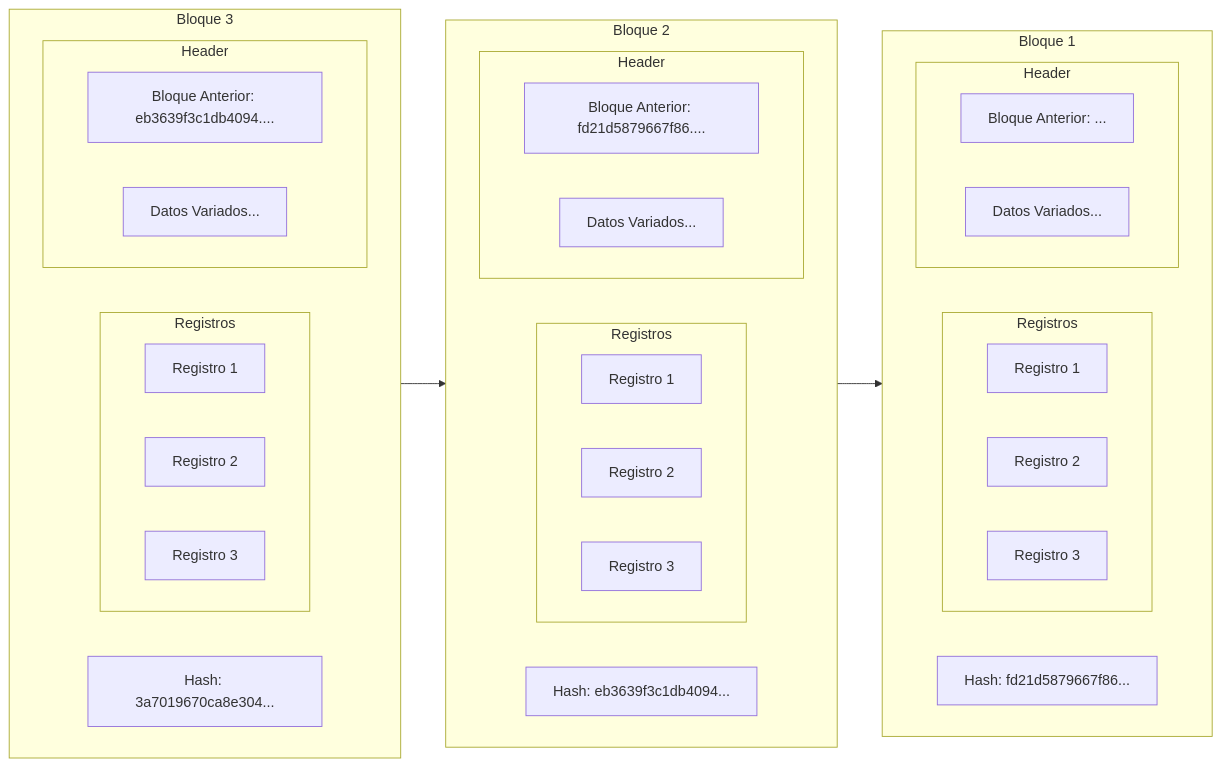
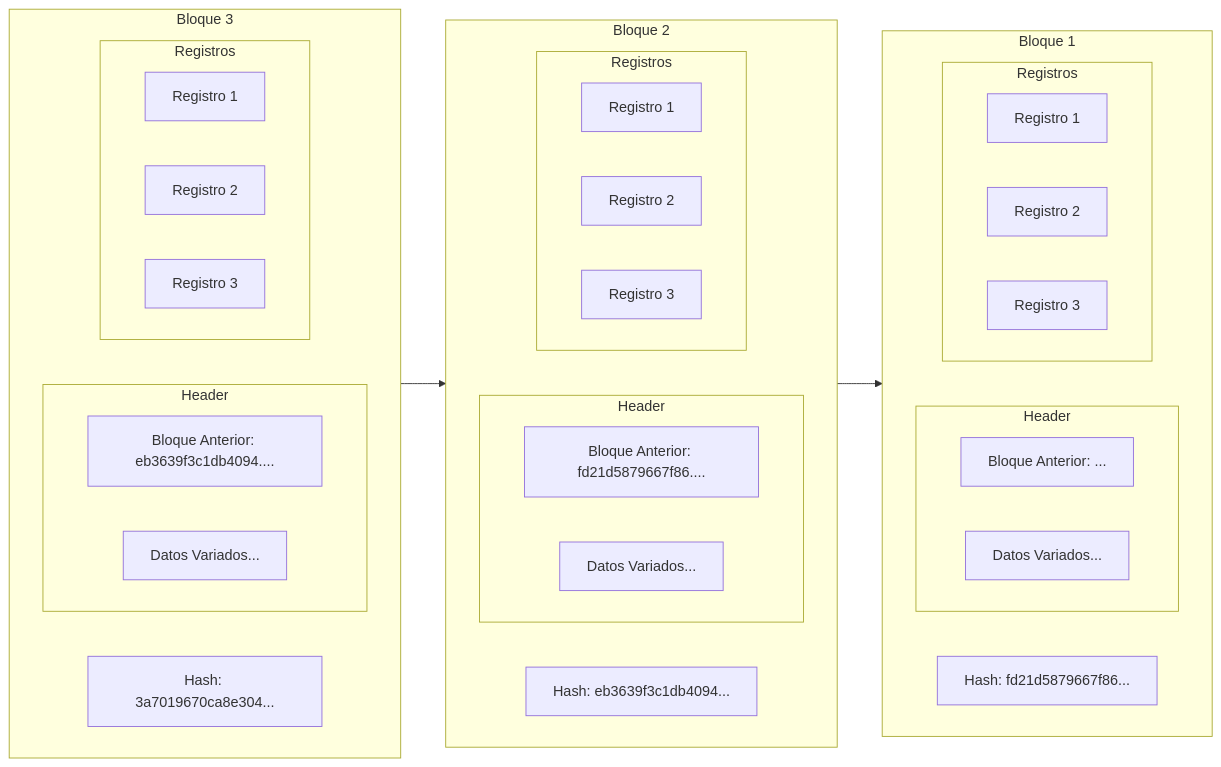
One commit to mbertogliati/tp-blockchain changed the first of 2 diagrams in README.md. Above: the diagram before and after it, drawn with Mermaid. The commit also changed other lines of this file, not shown here.

````diff
--- a/README.md
+++ b/README.md
@@ -23,50 +23,50 @@
 ```mermaid
 graph LR
     subgraph Bloque3[Bloque 3]
         direction LR
+            subgraph Header3[Header]
+                direction LR
+                H3A[Bloque Anterior: eb3639f3c1db4094....]
+                H3B[Datos Variados...]
+            end
             subgraph Registros3 [Registros]
                 direction LR
                 R3A[Registro 1]
                 R3B[Registro 2]
                 R3C[Registro 3]
             end
-            subgraph Header3[Header]
-                direction LR
-                H3A[Bloque Anterior: eb3639f3c1db4094....]
-                H3B[Datos Variados...]
-            end
             Hash3[Hash: 3a7019670ca8e304...]
     end
     subgraph Bloque2[Bloque 2]
         direction LR
+            subgraph Header2[Header]
+                direction LR
+                H2A[Bloque Anterior: fd21d5879667f86....]
+                H2B[Datos Variados...]
+            end
             subgraph Registros2 [Registros]
                 direction LR
                 R2A[Registro 1]
                 R2B[Registro 2]
                 R2C[Registro 3]
             end
-            subgraph Header2[Header]
-                direction LR
-                H2A[Bloque Anterior: fd21d5879667f86....]
-                H2B[Datos Variados...]
-            end
             Hash2[Hash: eb3639f3c1db4094...]
     end
     subgraph Bloque1[Bloque 1]
         direction LR
+            subgraph Header1[Header]
+                direction LR
+                H1A[Bloque Anterior: ...]
+                H1B[Datos Variados...]
+            end
             subgraph Registros1 [Registros]
                 direction LR
                 R1A[Registro 1]
                 R1B[Registro 2]
                 R1C[Registro 3]
             end
-            subgraph Header1[Header]
-                direction LR
-                H1A[Bloque Anterior: ...]
-                H1B[Datos Variados...]
-            end
             Hash1[Hash: fd21d5879667f86...]
     end
     Bloque2 --> Bloque1
     Bloque3 --> Bloque2
 ```
````
